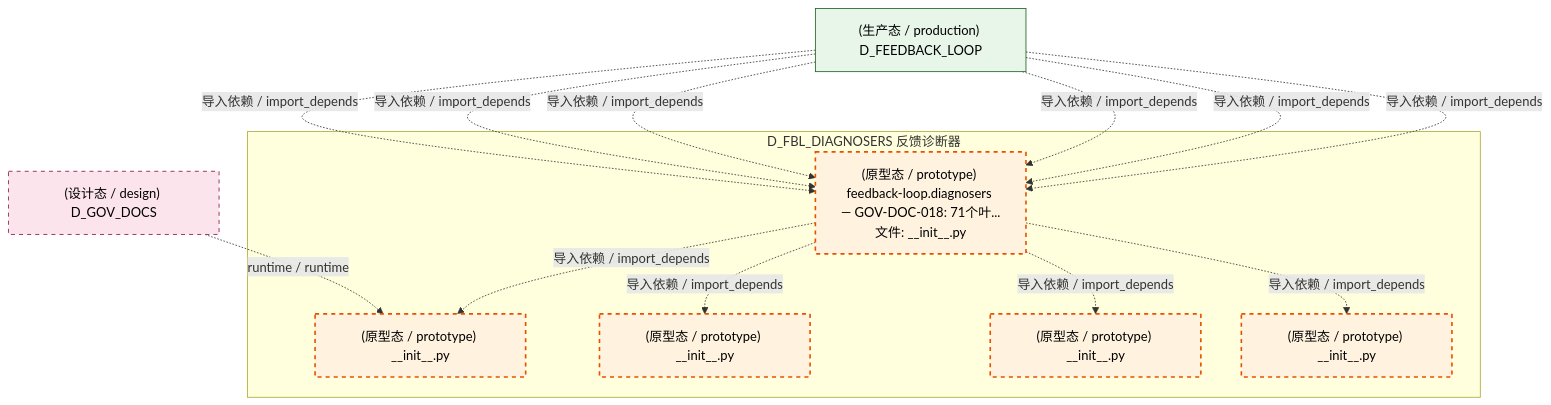
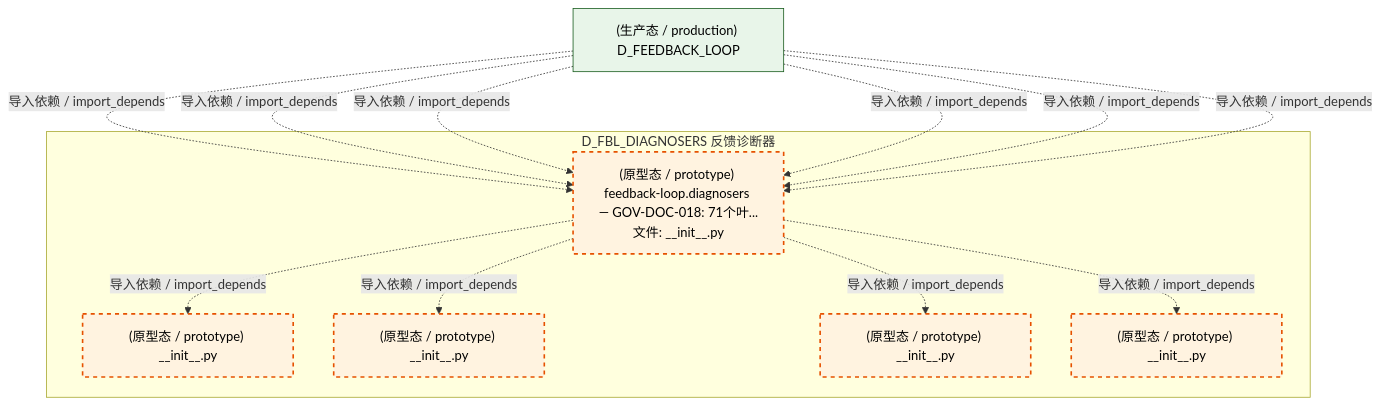
One commit to xuanFelixVan/ZephyrAlpha changed the fifth of 6 diagrams in docs/02_enterprise_architecture/02_domain_architecture_docs/12_d_fbl_diagnosers.md. Above: the diagram before and after it, drawn with Mermaid. The commit also changed other lines of this file and 111 other files, not shown here.

````diff
--- a/docs/02_enterprise_architecture/02_domain_architecture_docs/12_d_fbl_diagnosers.md
+++ b/docs/02_enterprise_architecture/02_domain_architecture_docs/12_d_fbl_diagnosers.md
@@ -374,30 +371,27 @@
 ```mermaid
 graph TD
     subgraph D_FBL_DIAGNOSERS["D_FBL_DIAGNOSERS 反馈诊断器"]
         src_zephyr_feedback_loop_diagnosers_init_py["(原型态 / prototype) feedback-loop.diagnosers — GOV-DOC-018: 71个叶...<br/>文件: __init__.py"]
         src_zephyr_feedback_loop_diagnosers_cognitive_init_py["(原型态 / prototype) __init__.py"]
         src_zephyr_feedback_loop_diagnosers_diagnosis_init_py["(原型态 / prototype) __init__.py"]
         src_zephyr_feedback_loop_diagnosers_health_init_py["(原型态 / prototype) __init__.py"]
         src_zephyr_feedback_loop_diagnosers_reliability_init_py["(原型态 / prototype) __init__.py"]
     end
     src_zephyr_feedback_loop_diagnosers_init_py -.->|导入依赖 / import_depends| src_zephyr_feedback_loop_diagnosers_cognitive_init_py
     src_zephyr_feedback_loop_diagnosers_init_py -.->|导入依赖 / import_depends| src_zephyr_feedback_loop_diagnosers_diagnosis_init_py
     src_zephyr_feedback_loop_diagnosers_init_py -.->|导入依赖 / import_depends| src_zephyr_feedback_loop_diagnosers_health_init_py
     src_zephyr_feedback_loop_diagnosers_init_py -.->|导入依赖 / import_depends| src_zephyr_feedback_loop_diagnosers_reliability_init_py
-    D_GOV_DOCS["(设计态 / design) D_GOV_DOCS"]
-    D_GOV_DOCS -.->|runtime / runtime| src_zephyr_feedback_loop_diagnosers_cognitive_init_py
     D_FEEDBACK_LOOP["(生产态 / production) D_FEEDBACK_LOOP"]
     D_FEEDBACK_LOOP -.->|导入依赖 / import_depends| src_zephyr_feedback_loop_diagnosers_init_py
     D_FEEDBACK_LOOP -.->|导入依赖 / import_depends| src_zephyr_feedback_loop_diagnosers_init_py
     D_FEEDBACK_LOOP -.->|导入依赖 / import_depends| src_zephyr_feedback_loop_diagnosers_init_py
     D_FEEDBACK_LOOP -.->|导入依赖 / import_depends| src_zephyr_feedback_loop_diagnosers_init_py
     D_FEEDBACK_LOOP -.->|导入依赖 / import_depends| src_zephyr_feedback_loop_diagnosers_init_py
     D_FEEDBACK_LOOP -.->|导入依赖 / import_depends| src_zephyr_feedback_loop_diagnosers_init_py
     classDef production fill:#e1f5fe,stroke:#01579b,stroke-width:2px,color:#000
     classDef design fill:#fff3e0,stroke:#e65100,stroke-width:2px,color:#000,stroke-dasharray: 5 5
     classDef external_prod fill:#e8f5e9,stroke:#1b5e20,stroke-width:1px,color:#000
     classDef external_design fill:#fce4ec,stroke:#880e4f,stroke-width:1px,color:#000,stroke-dasharray: 5 5
     class src_zephyr_feedback_loop_diagnosers_init_py,src_zephyr_feedback_loop_diagnosers_cognitive_init_py,src_zephyr_feedback_loop_diagnosers_diagnosis_init_py,src_zephyr_feedback_loop_diagnosers_health_init_py,src_zephyr_feedback_loop_diagnosers_reliability_init_py design
     class D_FEEDBACK_LOOP external_prod
-    class D_GOV_DOCS external_design
 ```
````
